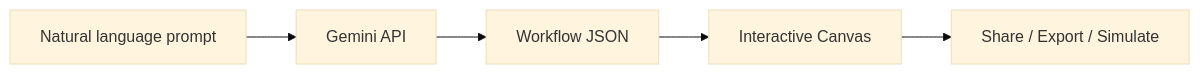
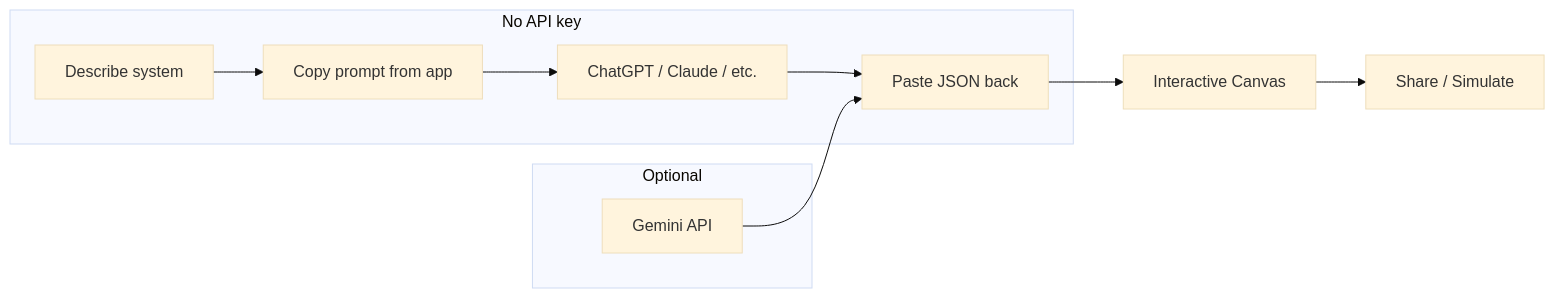
One commit to jsc2017605097/devworkflow-canvas changed the diagram in README.md. Above: the diagram before and after it, drawn with Mermaid (base theme). The commit also changed other lines of this file and 4 other files, not shown here.

Commit message:
docs: emphasize no API key path and English-only README

````diff
--- a/README.md
+++ b/README.md
@@ -32,7 +32,13 @@
 ```mermaid
 flowchart LR
-  A[Natural language prompt] --> B[Gemini API]
-  B --> C[Workflow JSON]
-  C --> D[Interactive Canvas]
-  D --> E[Share / Export / Simulate]
+  subgraph nokey["No API key"]
+    A[Describe system] --> B[Copy prompt from app]
+    B --> C[ChatGPT / Claude / etc.]
+    C --> D[Paste JSON back]
+  end
+  subgraph optional["Optional"]
+    E[Gemini API] --> D
+  end
+  D --> F[Interactive Canvas]
+  F --> G[Share / Simulate]
 ```
````
